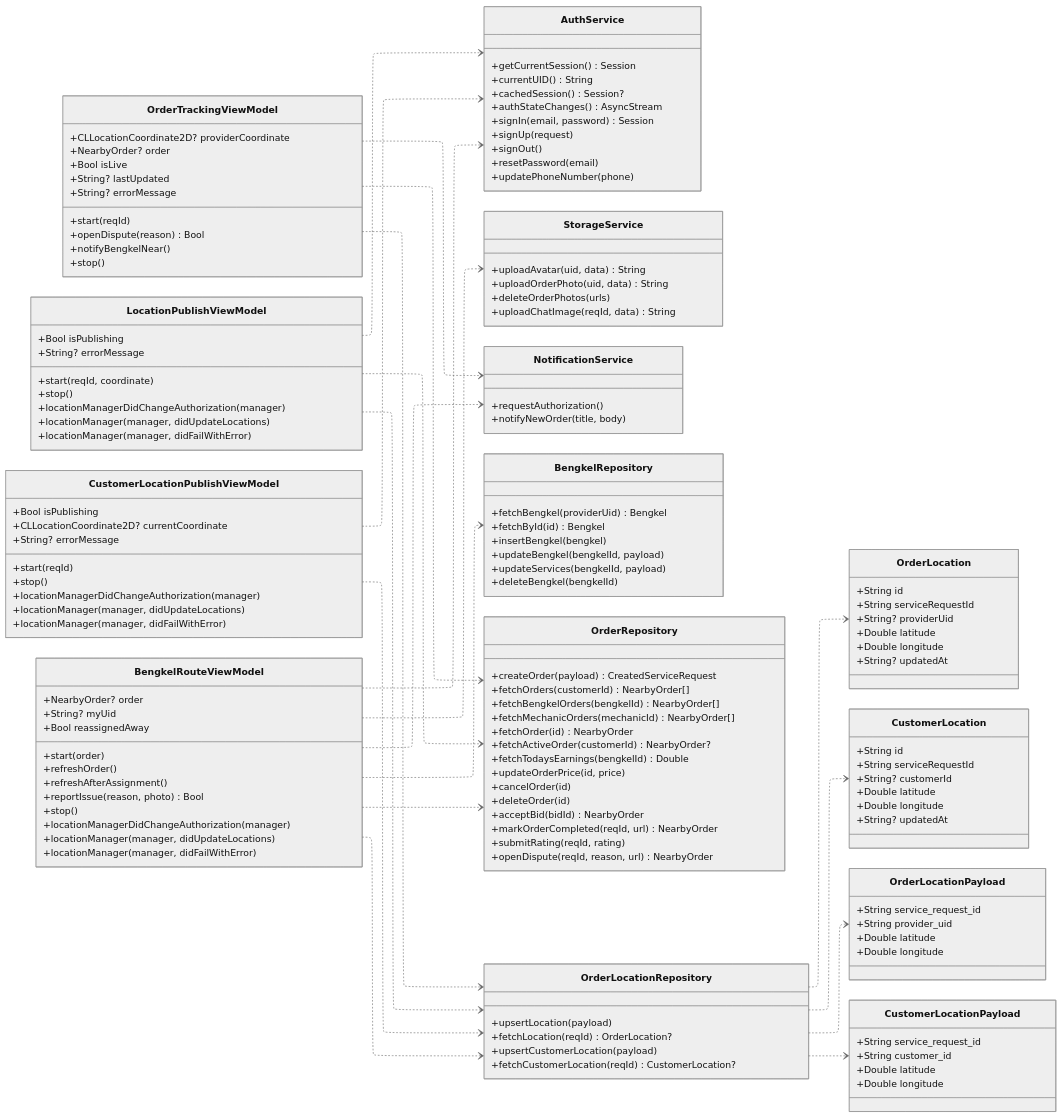
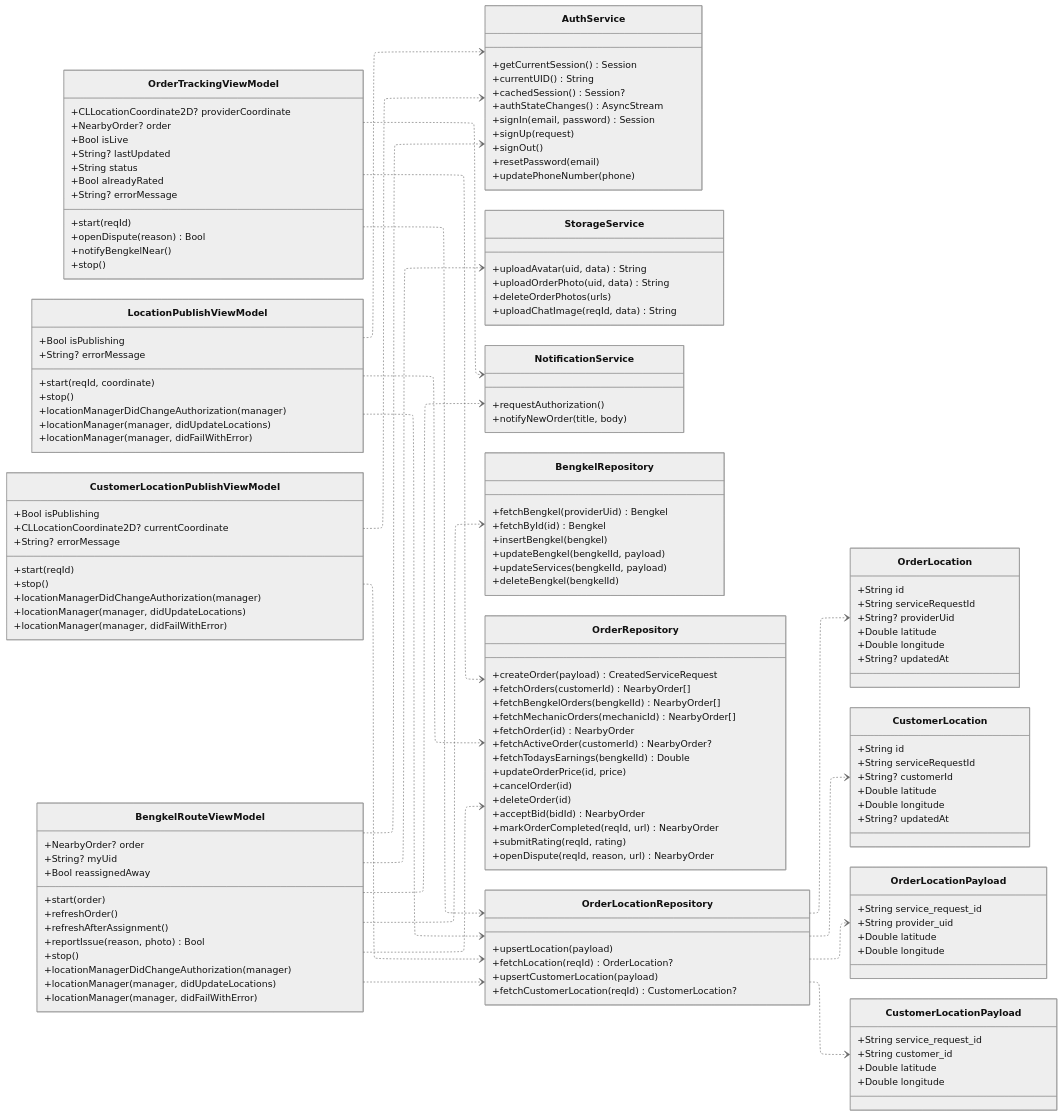
The eighth of 12 diagrams in diagram/feature-class-diagrams.md (rei-soemanto/BengkelIn_SE), drawn with Mermaid (neutral theme) before and after one commit. The commit also changed other lines of this file, not shown here.

Commit message:
feature-class-diagram update

```diff
--- a/diagram/feature-class-diagrams.md
+++ b/diagram/feature-class-diagrams.md
@@ -1136,6 +1209,8 @@
         +NearbyOrder? order
         +Bool isLive
         +String? lastUpdated
+        +String status
+        +Bool alreadyRated
         +String? errorMessage
         +start(reqId)
         +openDispute(reason) Bool
```
